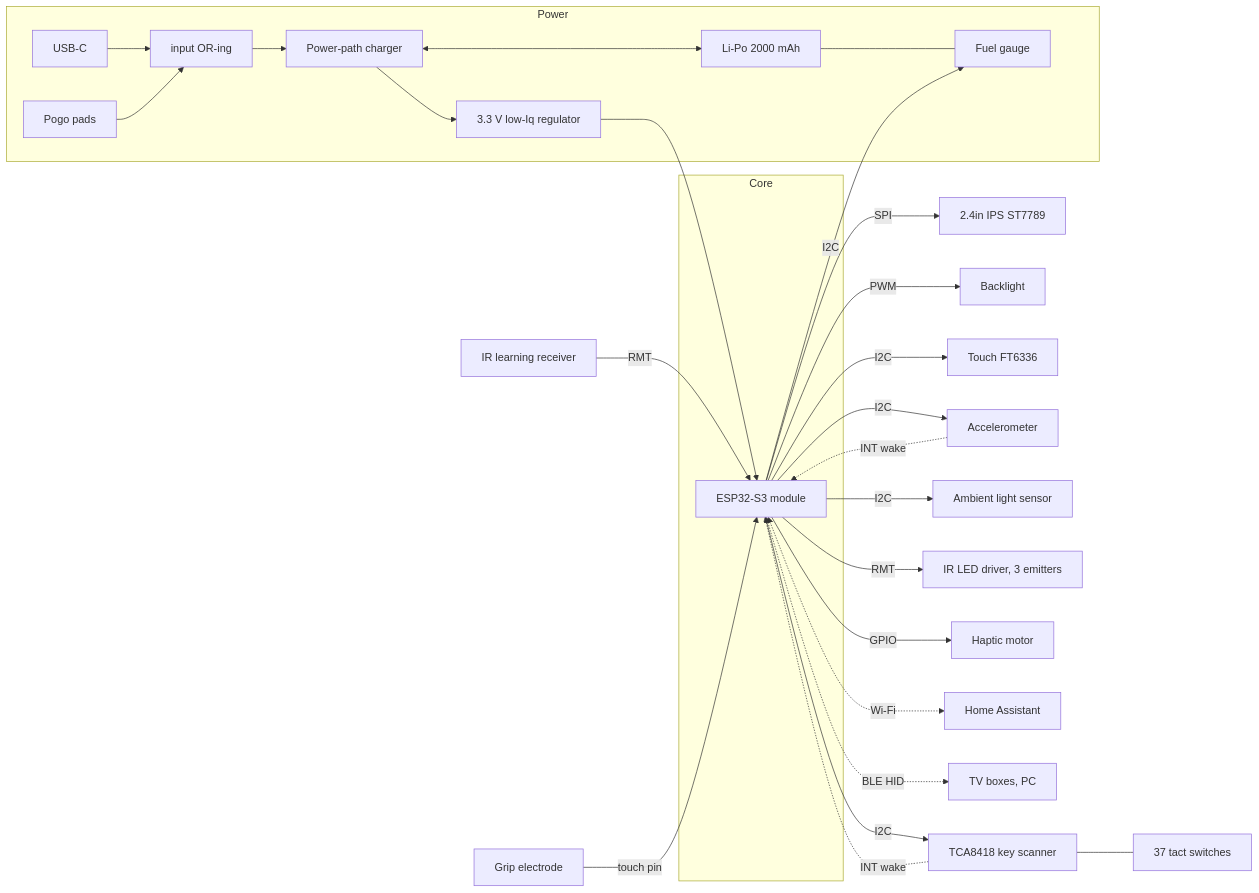
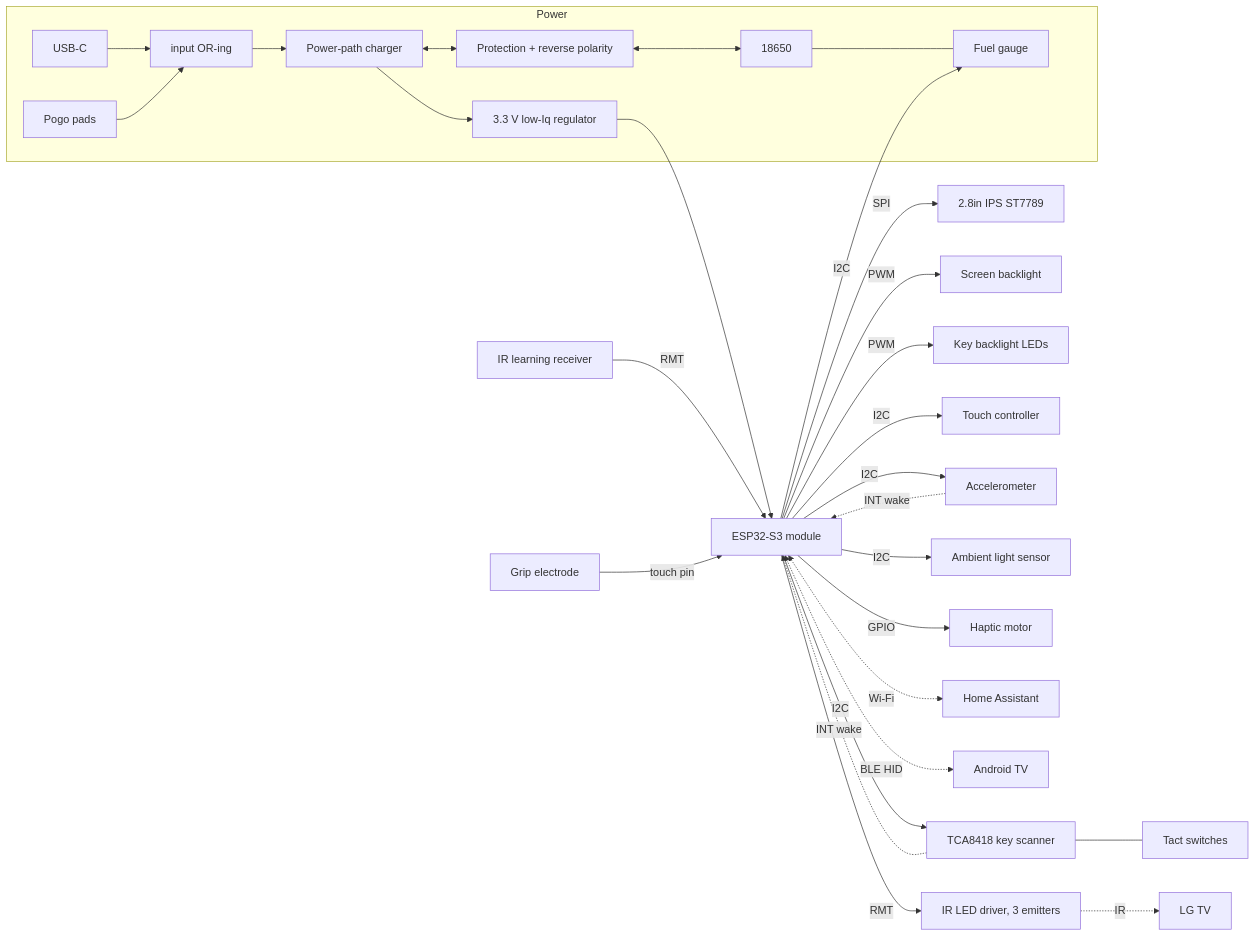
Before and after one commit to remygrandin/FullZapette: the diagram in docs/DESIGN.md, drawn with Mermaid. The commit also changed other lines of this file and 8 other files, not shown here.

First line of the commit message:
Design v0.2: 2.8in screen, 18650, backlit keys, layout mock-ups

````diff
--- a/docs/DESIGN.md
+++ b/docs/DESIGN.md
@@ -51,30 +64,29 @@
 ```mermaid
 flowchart LR
   subgraph Power
     USB[USB-C] --> OR[input OR-ing]
     POGO[Pogo pads] --> OR
     OR --> CHG[Power-path charger]
-    CHG <--> BAT[Li-Po 2000 mAh]
+    CHG <--> PROT[Protection + reverse polarity] <--> BAT[18650]
     CHG --> LDO[3.3 V low-Iq regulator]
     BAT --- FG[Fuel gauge]
   end
-  subgraph Core
-    MCU[ESP32-S3 module]
-  end
-  LDO --> MCU
-  MCU -- SPI --> LCD[2.4in IPS ST7789]
-  MCU -- PWM --> BL[Backlight]
-  MCU -- I2C --> TP[Touch FT6336]
-  MCU -- I2C --> KP[TCA8418 key scanner] --- KEYS[37 tact switches]
+  LDO --> MCU[ESP32-S3 module]
+  MCU -- SPI --> LCD[2.8in IPS ST7789]
+  MCU -- PWM --> BL[Screen backlight]
+  MCU -- PWM --> KBL[Key backlight LEDs]
+  MCU -- I2C --> TP[Touch controller]
+  MCU -- I2C --> KP[TCA8418 key scanner] --- KEYS[Tact switches]
   MCU -- I2C --> ACC[Accelerometer]
   MCU -- I2C --> FG
   MCU -- I2C --> ALS[Ambient light sensor]
   MCU -- RMT --> IRTX[IR LED driver, 3 emitters]
   IRRX[IR learning receiver] -- RMT --> MCU
   MCU -- GPIO --> HAP[Haptic motor]
   GRIP[Grip electrode] -- touch pin --> MCU
   ACC -. INT wake .-> MCU
   KP -. INT wake .-> MCU
   MCU <-. Wi-Fi .-> HA[Home Assistant]
-  MCU <-. BLE HID .-> BOX[TV boxes, PC]
+  MCU <-. BLE HID .-> ATV[Android TV]
+  IRTX -. IR .-> LG[LG TV]
 ```
````
